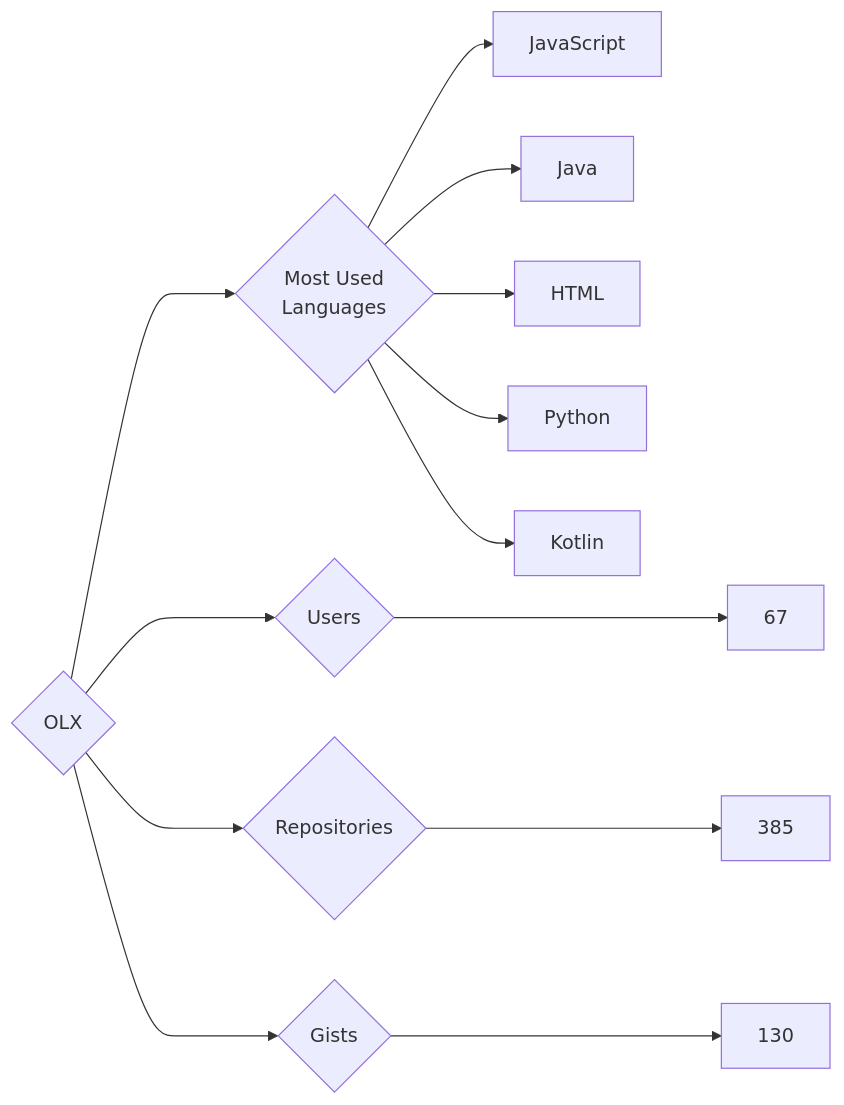
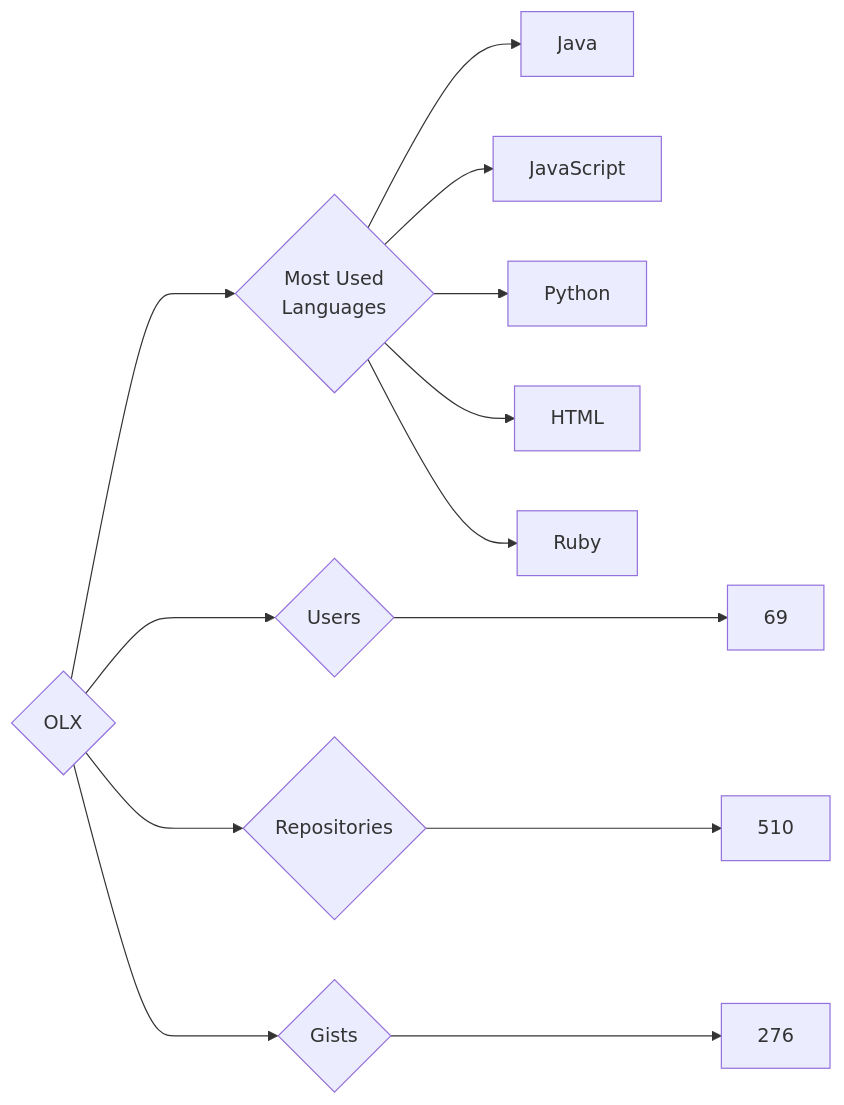
The diagram in targets/OLX/README.md (trickest/insiders), drawn with Mermaid before and after one commit. The commit also changed 903 other files, not shown here.

````diff
--- a/targets/OLX/README.md
+++ b/targets/OLX/README.md
@@ -3,13 +3,13 @@
 ```mermaid
 graph LR
 COMPANY_NAME{OLX}
-COMPANY_NAME ---> U{Users} ---> UN[67]
-COMPANY_NAME ---> R{Repositories} ---> RN[385]
-COMPANY_NAME ---> G{Gists} ---> GN[130]
+COMPANY_NAME ---> U{Users} ---> UN[69]
+COMPANY_NAME ---> R{Repositories} ---> RN[510]
+COMPANY_NAME ---> G{Gists} ---> GN[276]
 COMPANY_NAME ---> ML{Most Used<br>Languages}
+ML --> Java[Java]
 ML --> JavaScript[JavaScript]
-ML --> Java[Java]
+ML --> Python[Python]
 ML --> HTML[HTML]
-ML --> Python[Python]
-ML --> Kotlin[Kotlin]
+ML --> Ruby[Ruby]
 ```
````
